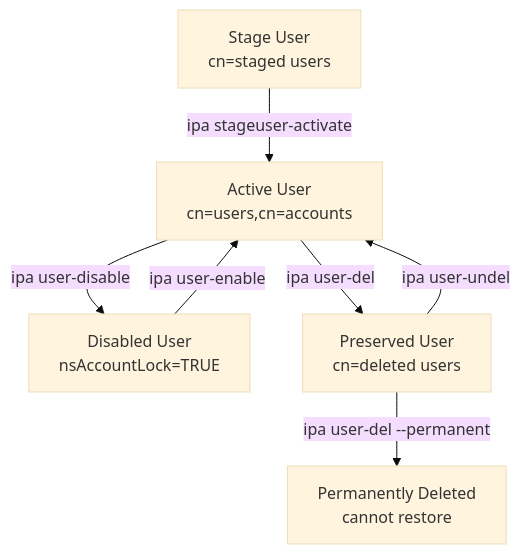
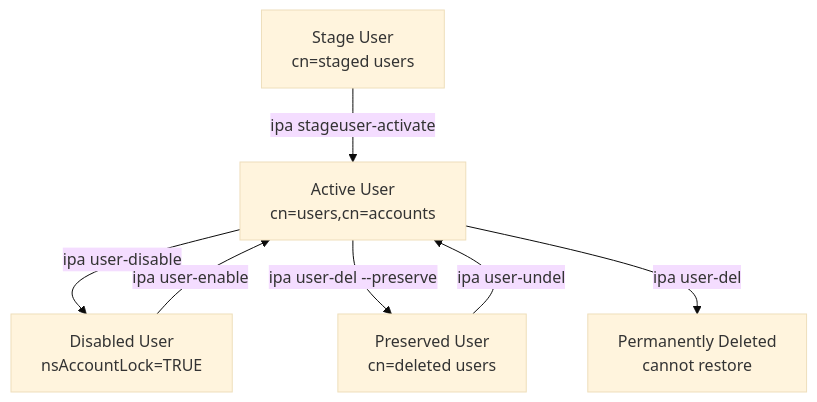
One commit to UncleJS/course_FreeIPA changed the first of 8 diagrams in 03_identity_users_groups.md. Above: the diagram before and after it, drawn with Mermaid (base theme). The commit also changed other lines of this file and 24 other files, not shown here.

````diff
--- a/03_identity_users_groups.md
+++ b/03_identity_users_groups.md
@@ -133,11 +133,11 @@
 ```mermaid
 graph TD
     A["Stage User<br/>cn=staged users"] -->|ipa stageuser-activate| B["Active User<br/>cn=users,cn=accounts"]
     B -->|ipa user-disable| C["Disabled User<br/>nsAccountLock=TRUE"]
     C -->|ipa user-enable| B
-    B -->|ipa user-del| D["Preserved User<br/>cn=deleted users"]
+    B -->|ipa user-del --preserve| D["Preserved User<br/>cn=deleted users"]
     D -->|ipa user-undel| B
-    D -->|ipa user-del --permanent| E["Permanently Deleted<br/>cannot restore"]
+    B -->|ipa user-del| E["Permanently Deleted<br/>cannot restore"]
 
 
 ```
````
